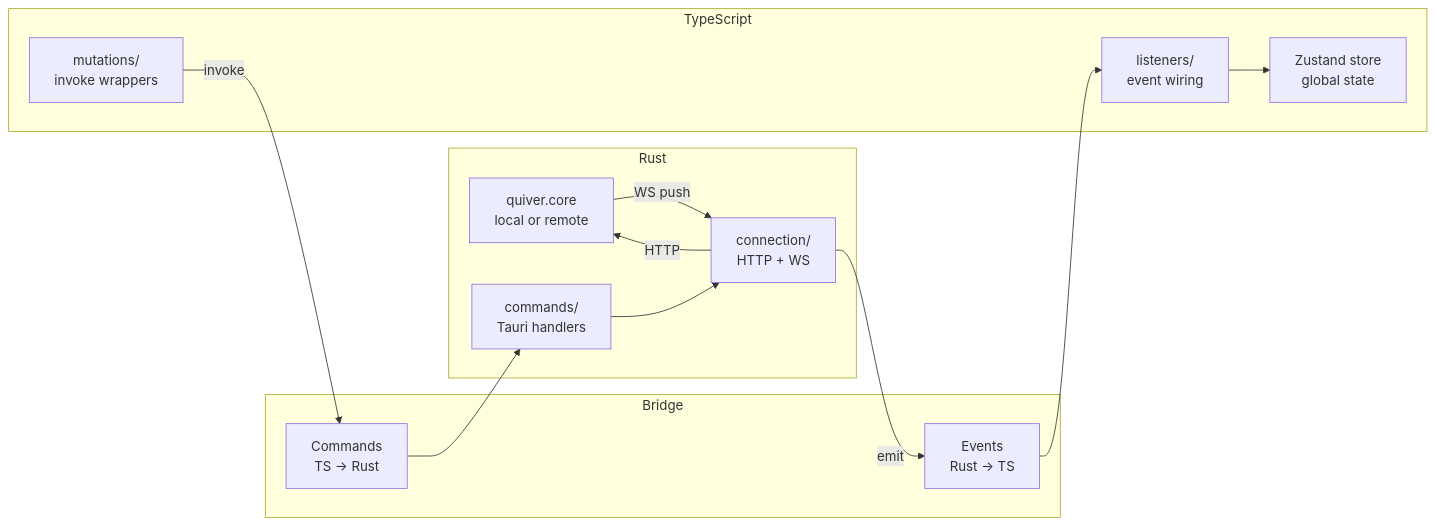
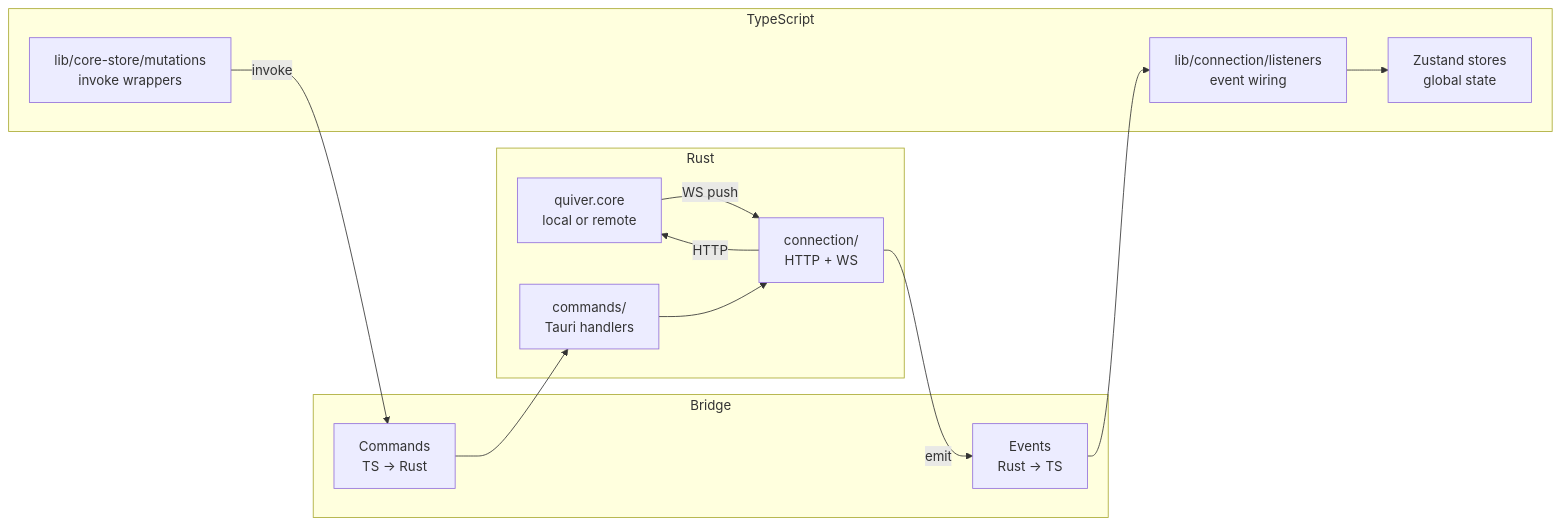
One commit to rabbytesoftware/quiver.desktop changed the first of 2 diagrams in docs/spec/ipc-bridge.md. Above: the diagram before and after it, drawn with Mermaid. The commit also changed other lines of this file, not shown here.

First line of the commit message:
docs(spec): update ipc-bridge spec for core client bridge redesign

````diff
--- a/docs/spec/ipc-bridge.md
+++ b/docs/spec/ipc-bridge.md
@@ -20,24 +20,24 @@
 ```mermaid
 flowchart LR
     subgraph Rust
         QC[quiver.core\nlocal or remote]
         CC[connection/\nHTTP + WS]
         CMD[commands/\nTauri handlers]
         QC -->|WS push| CC
         CC -->|HTTP| QC
     end
 
     subgraph Bridge
         EVT[Events\nRust → TS]
         INV[Commands\nTS → Rust]
     end
 
     subgraph TypeScript
-        LS[listeners/\nevent wiring]
-        ST[Zustand store\nglobal state]
-        MU[mutations/\ninvoke wrappers]
+        LS[lib/connection/listeners\nevent wiring]
+        ST[Zustand stores\nglobal state]
+        MU[lib/core-store/mutations\ninvoke wrappers]
     end
 
     CC -->|emit| EVT --> LS --> ST
     MU -->|invoke| INV --> CMD --> CC
 ```
````
